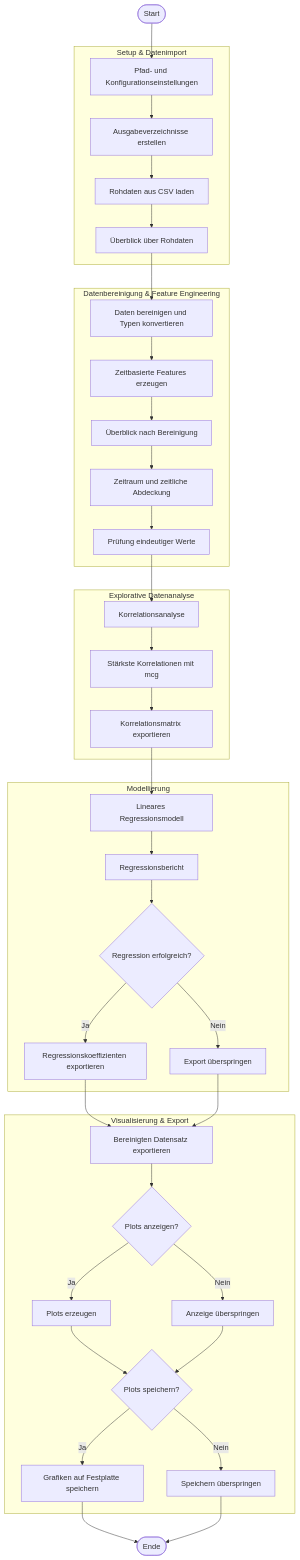
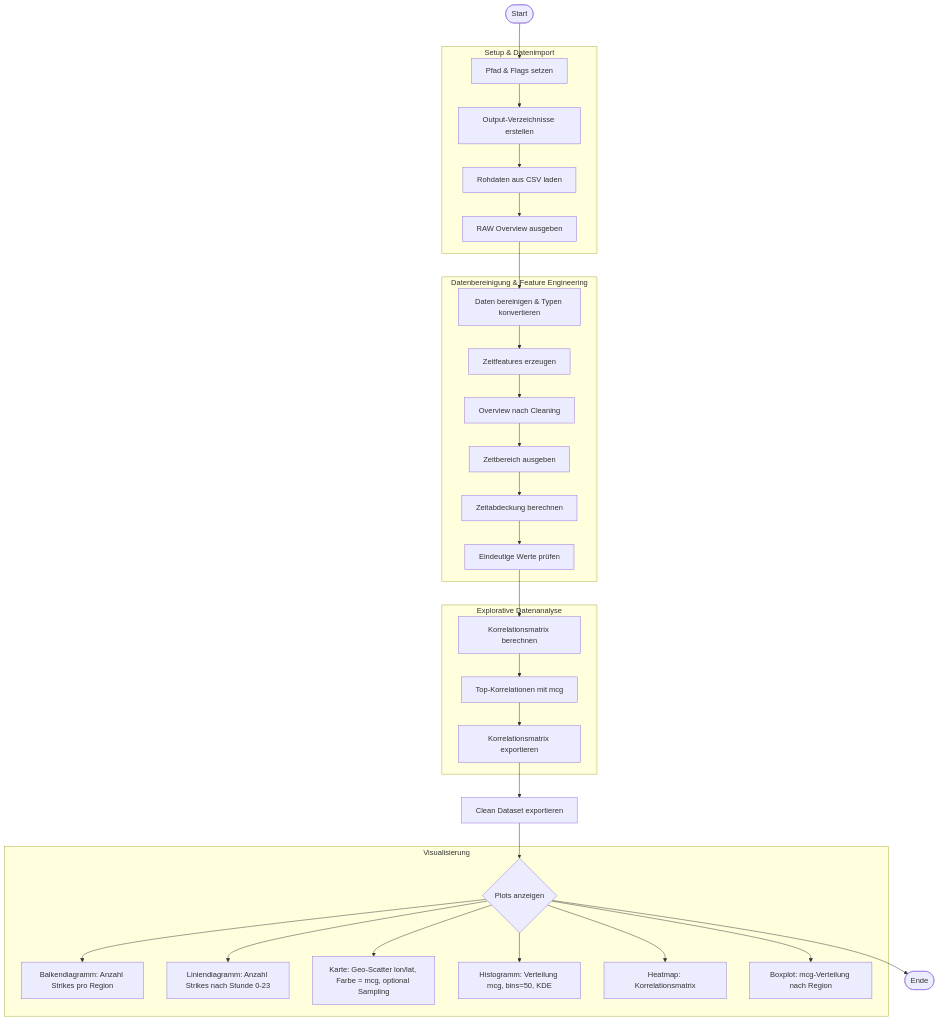
One commit to nicdia/QStudy_Interdisciplinary_Programming_Applications changed the diagram in README.md. Above: the diagram before and after it, drawn with Mermaid. The commit also changed other lines of this file and 6 other files, not shown here.

Commit message:
added AI declaration + adjusted pipeline diagram after pull request

````diff
--- a/README.md
+++ b/README.md
@@ -30,74 +30,44 @@
 ```mermaid
 flowchart TD
     A([Start])
 
     subgraph SETUP["Setup & Datenimport"]
-        B[Pfad- und Konfigurationseinstellungen]
-        C[Ausgabeverzeichnisse erstellen]
+        B[Pfad & Flags setzen]
+        C[Output-Verzeichnisse erstellen]
         D[Rohdaten aus CSV laden]
-        E[Überblick über Rohdaten]
+        E[RAW Overview ausgeben]
     end
 
     subgraph CLEANING["Datenbereinigung & Feature Engineering"]
-        F[Daten bereinigen und Typen konvertieren]
-        G[Zeitbasierte Features erzeugen]
-        H[Überblick nach Bereinigung]
-        I[Zeitraum und zeitliche Abdeckung]
-        J[Prüfung eindeutiger Werte]
+        F[Daten bereinigen & Typen konvertieren]
+        G[Zeitfeatures erzeugen]
+        H[Overview nach Cleaning]
+        I[Zeitbereich ausgeben]
+        J[Zeitabdeckung berechnen]
+        K[Eindeutige Werte prüfen]
     end
 
     subgraph ANALYSIS["Explorative Datenanalyse"]
-        K[Korrelationsanalyse]
-        L[Stärkste Korrelationen mit mcg]
-        M[Korrelationsmatrix exportieren]
+        L[Korrelationsmatrix berechnen]
+        M[Top-Korrelationen mit mcg]
+        N[Korrelationsmatrix exportieren]
     end
 
-    subgraph MODEL["Modellierung"]
-        N[Lineares Regressionsmodell]
-        O[Regressionsbericht]
-        P{Regression erfolgreich?}
-        Q[Regressionskoeffizienten exportieren]
-        R[Export überspringen]
+    subgraph VIS["Visualisierung"]
+        O{Plots anzeigen}
+        O --> O1[Balkendiagramm: Anzahl Strikes pro Region]
+        O --> O2[Liniendiagramm: Anzahl Strikes nach Stunde 0-23]
+        O --> O3[Karte: Geo-Scatter lon/lat, Farbe = mcg, optional Sampling]
+        O --> O4[Histogramm: Verteilung mcg, bins=50, KDE]
+        O --> O5[Heatmap: Korrelationsmatrix]
+        O --> O6[Boxplot: mcg-Verteilung nach Region]
     end
 
-    subgraph OUTPUT["Visualisierung & Export"]
-        S[Bereinigten Datensatz exportieren]
-        T{Plots anzeigen?}
-        U[Plots erzeugen]
-        V[Anzeige überspringen]
-        W{Plots speichern?}
-        X[Grafiken auf Festplatte speichern]
-        Y[Speichern überspringen]
-    end
-
+    P[Clean Dataset exportieren]
     Z([Ende])
 
-    A --> B
-    B --> C
-    C --> D
-    D --> E
-    E --> F
-    F --> G
-    G --> H
-    H --> I
-    I --> J
-    J --> K
-    K --> L
-    L --> M
-    M --> N
-    N --> O
-    O --> P
-    P -- Ja --> Q
-    P -- Nein --> R
-    Q --> S
-    R --> S
-    S --> T
-    T -- Ja --> U
-    T -- Nein --> V
-    U --> W
-    V --> W
-    W -- Ja --> X
-    W -- Nein --> Y
-    X --> Z
-    Y --> Z
+    A --> B --> C --> D --> E
+    E --> F --> G --> H --> I --> J --> K
+    K --> L --> M --> N --> P
+    P --> O --> Z
 ```
````
